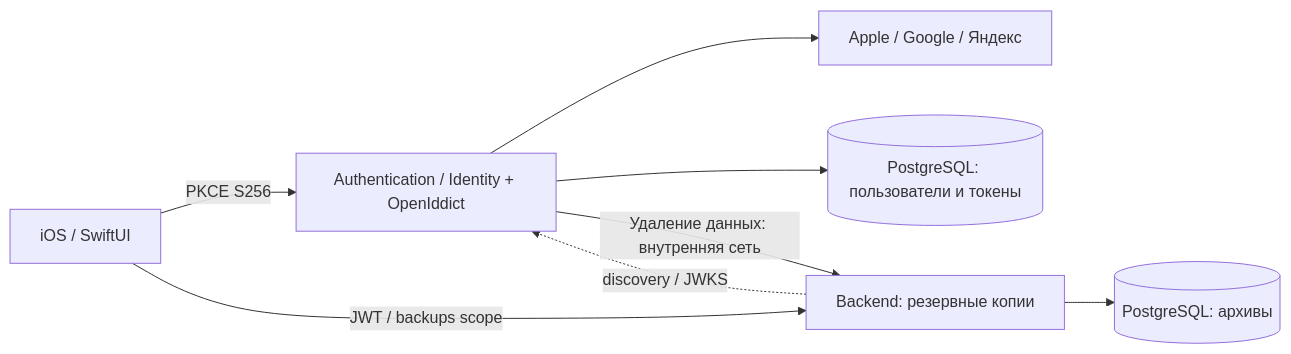
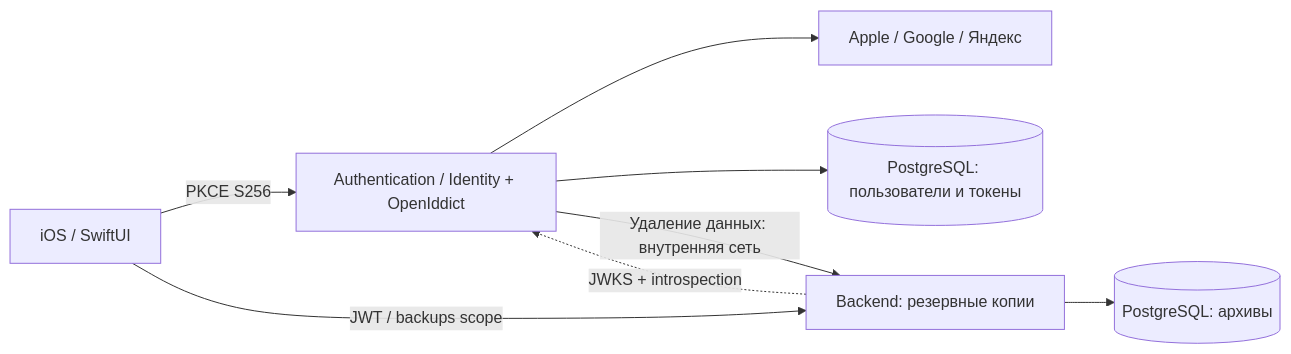
One commit to KeltorHD/Fitness-Tracker changed the diagram in docs/SERVER.md. Above: the diagram before and after it, drawn with Mermaid. The commit also changed other lines of this file and 3 other files, not shown here.

````diff
--- a/docs/SERVER.md
+++ b/docs/SERVER.md
@@ -16,10 +16,10 @@
 ```mermaid
 flowchart LR
   iOS[iOS / SwiftUI] -->|PKCE S256| Auth[Authentication / Identity + OpenIddict]
   Auth --> Providers[Apple / Google / Яндекс]
   Auth --> AuthDB[(PostgreSQL: пользователи и токены)]
   iOS -->|JWT / backups scope| API[Backend: резервные копии]
   API --> BackupDB[(PostgreSQL: архивы)]
-  API -. discovery / JWKS .-> Auth
+  API -. JWKS + introspection .-> Auth
   Auth -->|Удаление данных: внутренняя сеть| API
 ```
````
